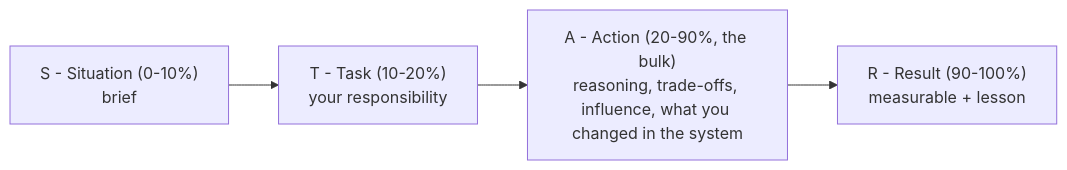
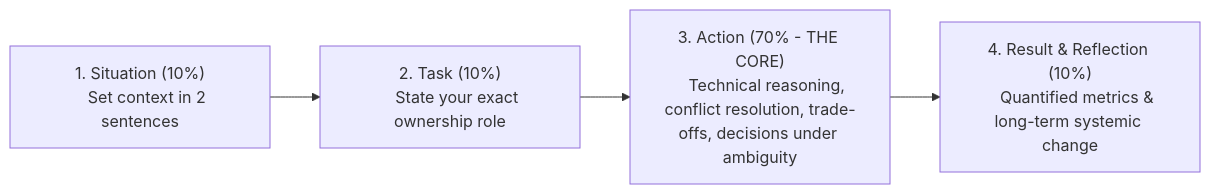
Before and after one commit to jithinpnjm/nvidia-devops: the diagram in docs/volume-09/10-chapter-10-behavioral-and-stakeholder-stories.md, drawn with Mermaid. The commit also changed other lines of this file and 10 other files, not shown here.

````diff
--- a/docs/volume-09/10-chapter-10-behavioral-and-stakeholder-stories.md
+++ b/docs/volume-09/10-chapter-10-behavioral-and-stakeholder-stories.md
@@ -23,4 +21,16 @@
 ```mermaid
 flowchart LR
-    S["S - Situation (0-10%)<br/>brief"] --> T["T - Task (10-20%)<br/>your responsibility"] --> A["A - Action (20-90%, the bulk)<br/>reasoning, trade-offs, influence, what you changed in the system"] --> R["R - Result (90-100%)<br/>measurable + lesson"]
+    S["1. Situation (10%)
+    Set context in 2 sentences"]
+    
+    T["2. Task (10%)
+    State your exact ownership role"]
+    
+    A["3. Action (70% - THE CORE)
+    Technical reasoning, conflict resolution, trade-offs, decisions under ambiguity"]
+    
+    R["4. Result & Reflection (10%)
+    Quantified metrics & long-term systemic change"]
+
+    S --> T --> A --> R
 ```
````
